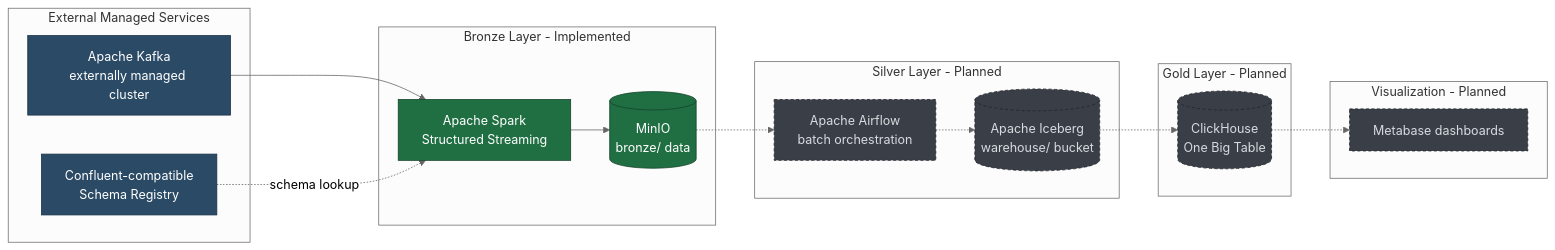
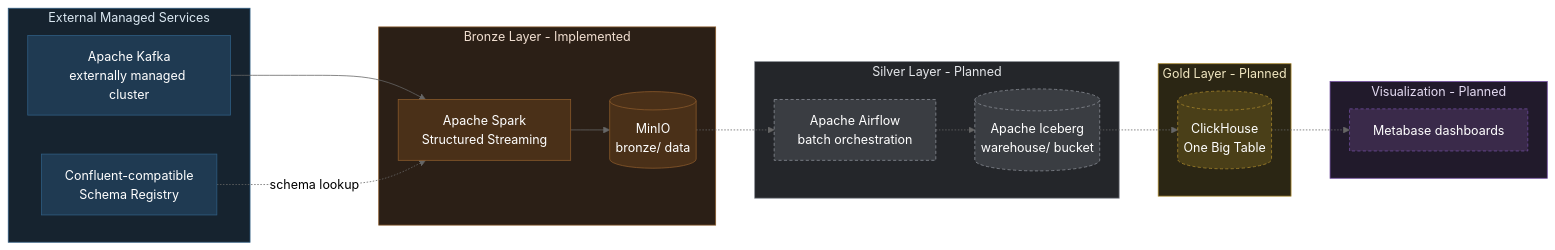
Before and after one commit to amirgr80/Modern_Data_Analytics_Platform: the first of 4 diagrams in README.md, drawn with Mermaid (neutral theme).

Commit message:
update architecture diagram styling in README

````diff
--- a/README.md
+++ b/README.md
@@ -51,41 +51,51 @@
 ```mermaid
 flowchart LR
     subgraph EXT[External Managed Services]
         KAFKA["Apache Kafka<br/>externally managed cluster"]
         SR["Confluent-compatible<br/>Schema Registry"]
     end
 
     subgraph BRONZE[Bronze Layer - Implemented]
         SPARK["Apache Spark<br/>Structured Streaming"]
         MINIOB[("MinIO<br/>bronze/ data")]
     end
 
     subgraph SILVER[Silver Layer - Planned]
         AIRFLOW["Apache Airflow<br/>batch orchestration"]
         ICEBERG[("Apache Iceberg<br/>warehouse/ bucket")]
     end
 
     subgraph GOLD[Gold Layer - Planned]
         CH[("ClickHouse<br/>One Big Table")]
     end
 
     subgraph VIZ[Visualization - Planned]
         MB["Metabase dashboards"]
     end
 
     KAFKA --> SPARK
     SR -.->|schema lookup| SPARK
     SPARK --> MINIOB
     MINIOB -.-> AIRFLOW
     AIRFLOW -.-> ICEBERG
     ICEBERG -.-> CH
     CH -.-> MB
 
-    classDef implemented fill:#1f6f43,stroke:#14432a,color:#ffffff
-    classDef planned fill:#3a3f47,stroke:#20242a,color:#d7dade,stroke-dasharray: 4 3
-    classDef external fill:#2b4a66,stroke:#173347,color:#ffffff
+    classDef external fill:#1f3a52,stroke:#2f5d82,color:#ffffff
+    classDef bronzeNode fill:#4a3018,stroke:#8a5a2b,color:#ffffff
+    classDef silverNode fill:#3a3d42,stroke:#8b8f97,color:#ffffff,stroke-dasharray: 4 3
+    classDef goldNode fill:#4a3f18,stroke:#a8862c,color:#ffffff,stroke-dasharray: 4 3
+    classDef purpleNode fill:#3a2a4a,stroke:#6f4c9e,color:#ffffff,stroke-dasharray: 4 3
 
-    class SPARK,MINIOB implemented
-    class AIRFLOW,ICEBERG,CH,MB planned
     class KAFKA,SR external
+    class SPARK,MINIOB bronzeNode
+    class AIRFLOW,ICEBERG silverNode
+    class CH goldNode
+    class MB purpleNode
+
+    style EXT fill:#16232f,stroke:#2f5d82,color:#dbe8f2
+    style BRONZE fill:#2b1f16,stroke:#8a5a2b,color:#f0ded0
+    style SILVER fill:#24262a,stroke:#8b8f97,color:#e4e6ea
+    style GOLD fill:#2b2614,stroke:#a8862c,color:#f0e6c0
+    style VIZ fill:#211a2b,stroke:#6f4c9e,color:#e4dbf2
 ```
````
